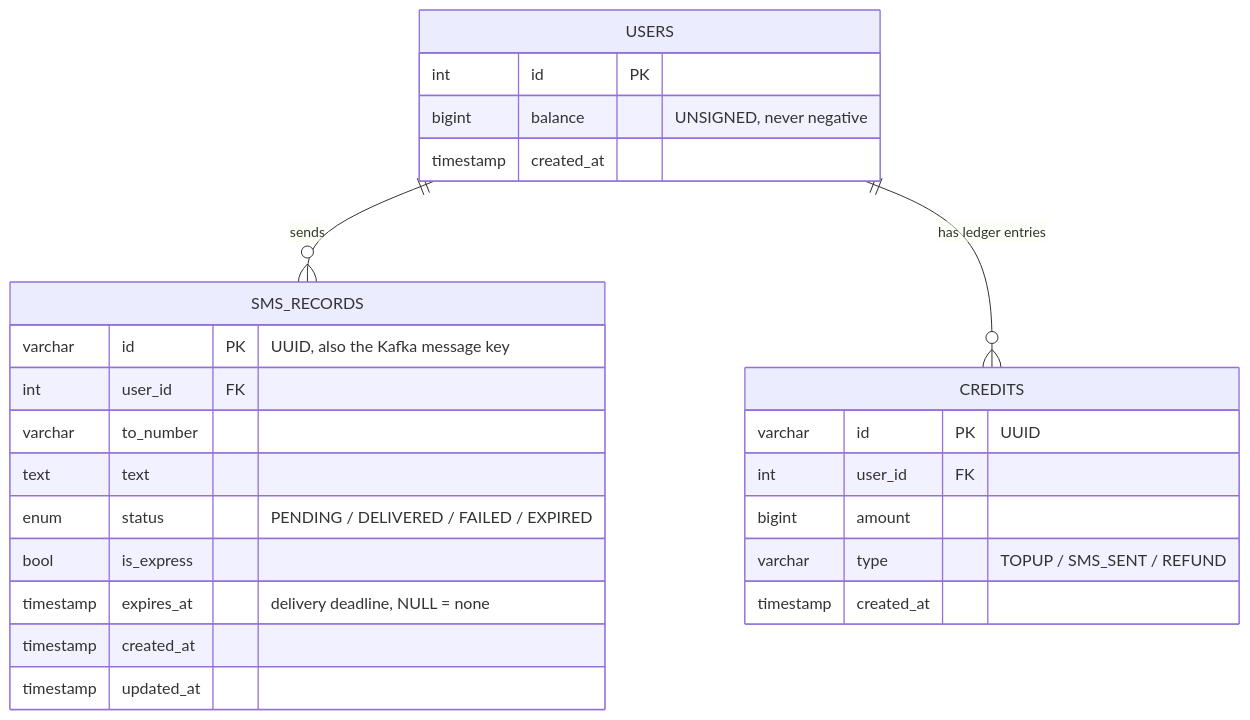
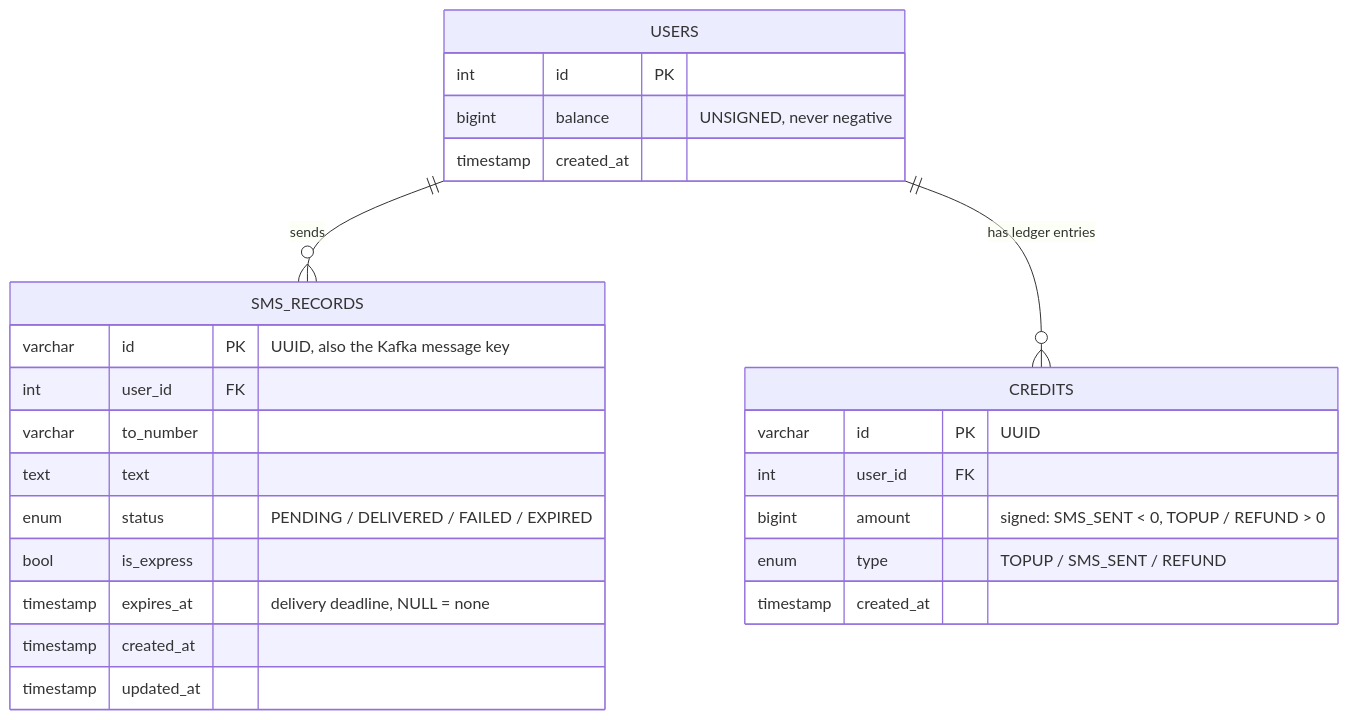
The fifth of 5 diagrams in ARCHITECTURE.md (kamyargerami/sms-gateway), drawn with Mermaid before and after one commit. The commit also changed other lines of this file and 2 other files, not shown here.

Commit message:
make amount field to support negative value

````diff
--- a/ARCHITECTURE.md
+++ b/ARCHITECTURE.md
@@ -322,29 +322,29 @@
 ```mermaid
 erDiagram
     USERS ||--o{ SMS_RECORDS : sends
     USERS ||--o{ CREDITS : "has ledger entries"
 
     USERS {
         int id PK
         bigint balance "UNSIGNED, never negative"
         timestamp created_at
     }
     SMS_RECORDS {
         varchar id PK "UUID, also the Kafka message key"
         int user_id FK
         varchar to_number
         text text
         enum status "PENDING / DELIVERED / FAILED / EXPIRED"
         bool is_express
         timestamp expires_at "delivery deadline, NULL = none"
         timestamp created_at
         timestamp updated_at
     }
     CREDITS {
         varchar id PK "UUID"
         int user_id FK
-        bigint amount
-        varchar type "TOPUP / SMS_SENT / REFUND"
+        bigint amount "signed: SMS_SENT < 0, TOPUP / REFUND > 0"
+        enum type "TOPUP / SMS_SENT / REFUND"
         timestamp created_at
     }
 ```
````
